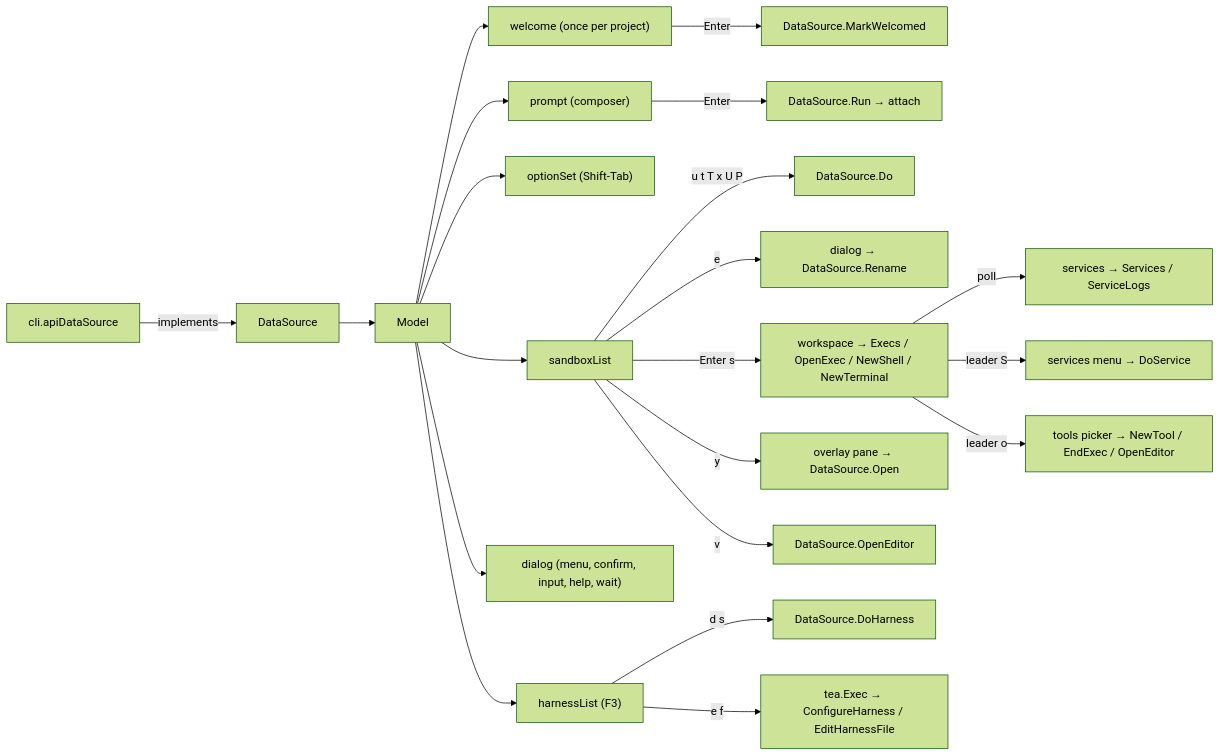
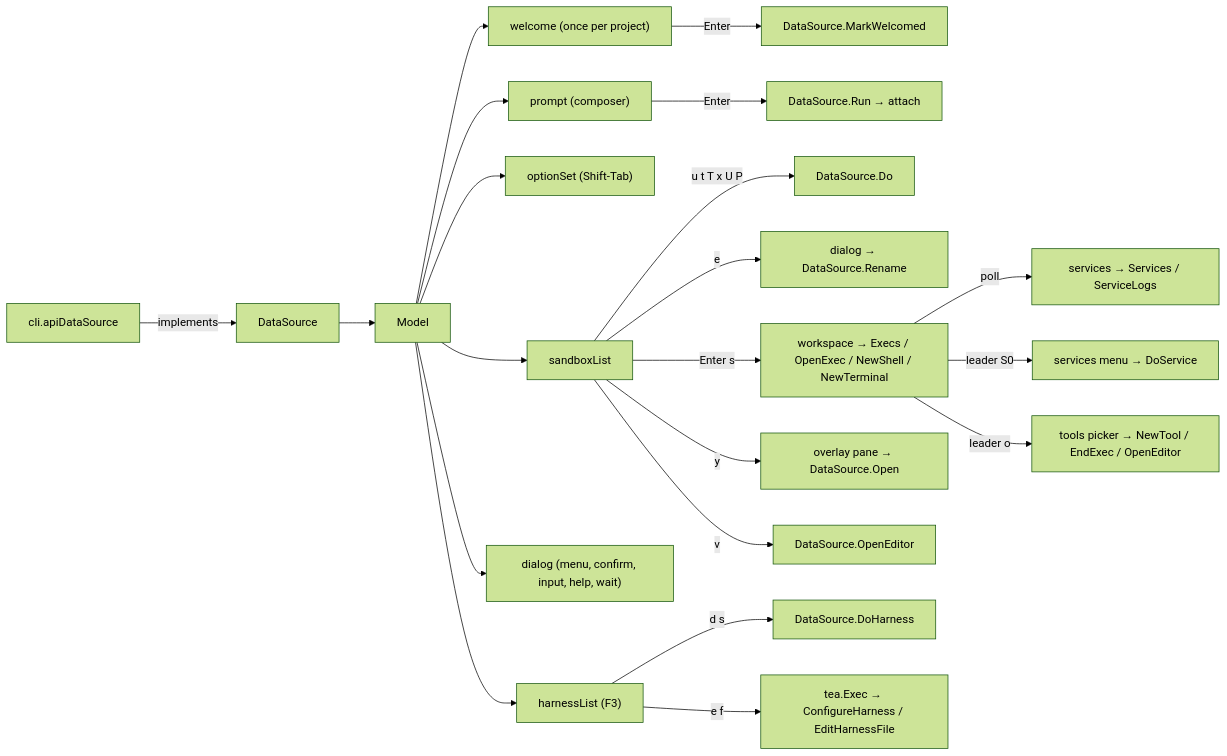
Before and after one commit to discobox-ai/discobox: the diagram in cli/internal/tui/DESIGN.md, drawn with Mermaid (forest theme). The commit also changed other lines of this file and 5 other files, not shown here.

````diff
--- a/cli/internal/tui/DESIGN.md
+++ b/cli/internal/tui/DESIGN.md
@@ -13,23 +13,23 @@
 ```mermaid
 flowchart LR
     CLI["cli.apiDataSource"] -->|implements| DS["DataSource"]
     DS --> M["Model"]
     M --> P["prompt (composer)"]
     M --> L["sandboxList"]
     M --> O["optionSet (Shift-Tab)"]
     M --> A["harnessList (F3)"]
     M --> D["dialog (menu, confirm, input, help, wait)"]
     M --> W["welcome (once per project)"]
     W -->|Enter| MW["DataSource.MarkWelcomed"]
     P -->|Enter| Run["DataSource.Run → attach"]
     L -->|u t T x U P| Verb["DataSource.Do"]
     L -->|e| Rename["dialog → DataSource.Rename"]
     L -->|Enter s| WS["workspace → Execs / OpenExec / NewShell / NewTerminal"]
     WS -->|poll| Svc["services → Services / ServiceLogs"]
-    WS -->|leader S| SvcMenu["services menu → DoService"]
+    WS -->|leader S0| SvcMenu["services menu → DoService"]
     L -->|y| Overlay["overlay pane → DataSource.Open"]
     L -->|v| Editor["DataSource.OpenEditor"]
     WS -->|leader o| T["tools picker → NewTool / EndExec / OpenEditor"]
     A -->|d s| AVerb["DataSource.DoHarness"]
     A -->|e f| AExec["tea.Exec → ConfigureHarness / EditHarnessFile"]
 ```
````
